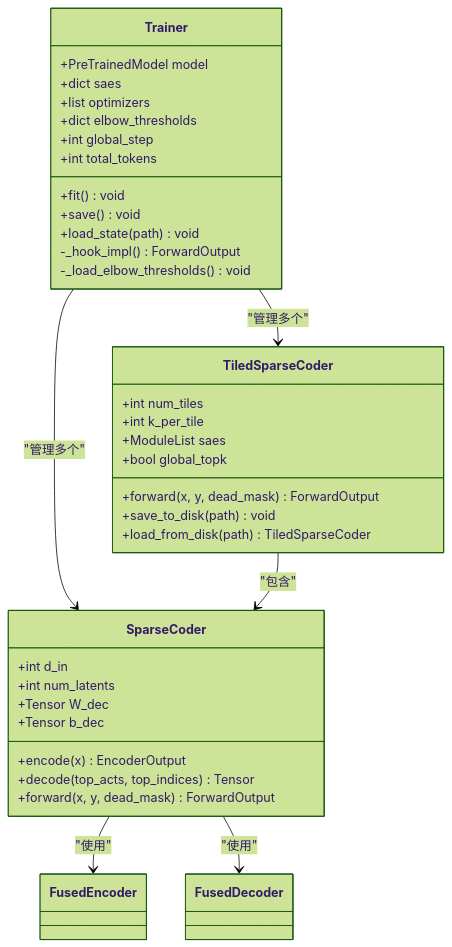
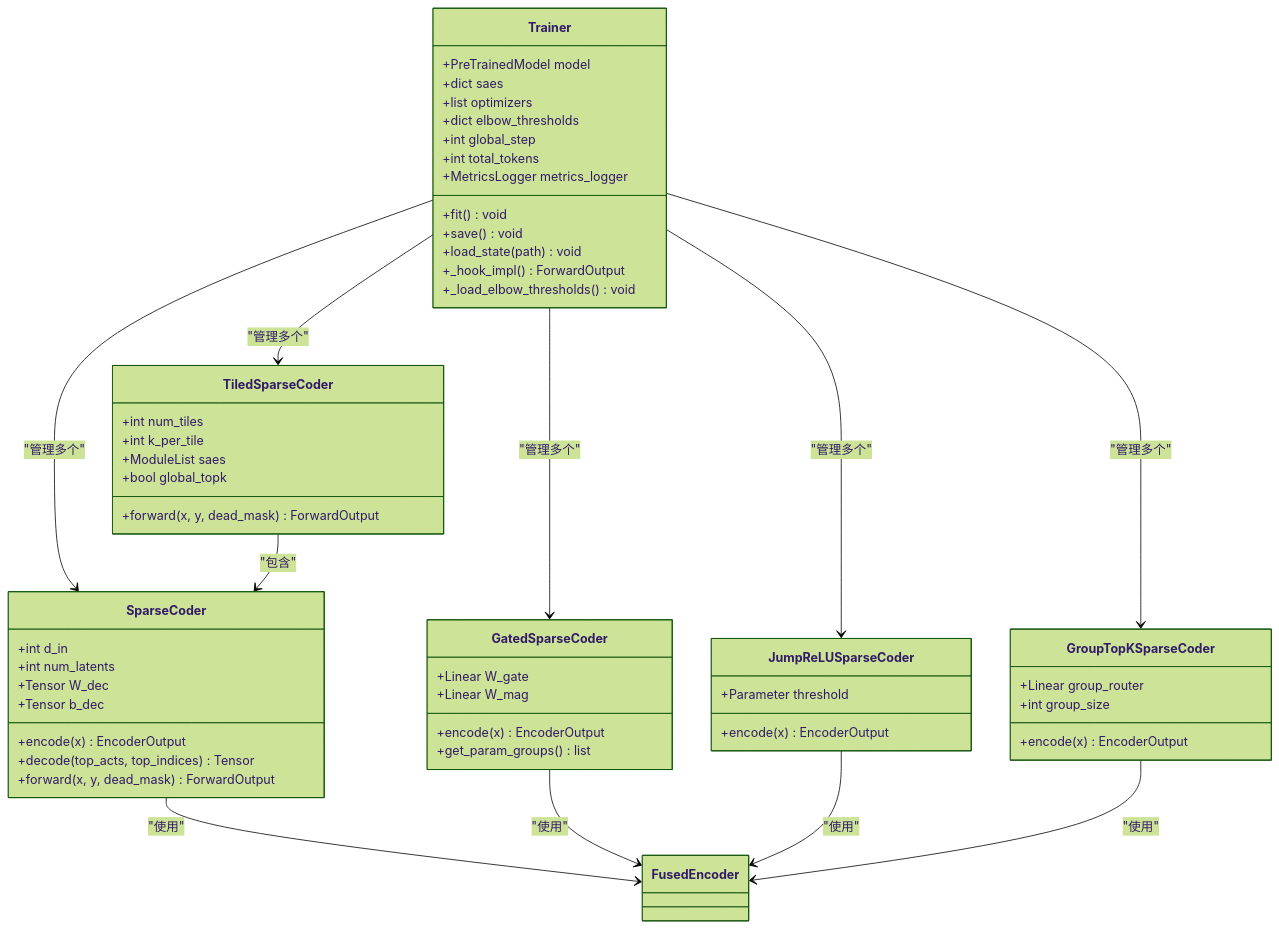
Before and after one commit to duanzhaol/sparsify: the third of 16 diagrams in .qoder/repowiki/zh/content/Sae Improvement System.md, drawn with Mermaid (forest theme). The commit also changed other lines of this file and 5 other files, not shown here.

````diff
--- a/.qoder/repowiki/zh/content/Sae Improvement System.md
+++ b/.qoder/repowiki/zh/content/Sae Improvement System.md
@@ -183,39 +235,58 @@
 ```mermaid
 classDiagram
 class Trainer {
 +PreTrainedModel model
 +dict saes
 +list optimizers
 +dict elbow_thresholds
 +int global_step
 +int total_tokens
++MetricsLogger metrics_logger
 +fit() void
 +save() void
 +load_state(path) void
--_hook_impl() ForwardOutput
--_load_elbow_thresholds() void
++_hook_impl() ForwardOutput
++_load_elbow_thresholds() void
 }
 class SparseCoder {
 +int d_in
 +int num_latents
 +Tensor W_dec
 +Tensor b_dec
 +encode(x) EncoderOutput
 +decode(top_acts, top_indices) Tensor
 +forward(x, y, dead_mask) ForwardOutput
 }
+class GatedSparseCoder {
++Linear W_gate
++Linear W_mag
++encode(x) EncoderOutput
++get_param_groups() list
+}
+class JumpReLUSparseCoder {
++Parameter threshold
++encode(x) EncoderOutput
+}
+class GroupTopKSparseCoder {
++Linear group_router
++int group_size
++encode(x) EncoderOutput
+}
 class TiledSparseCoder {
 +int num_tiles
 +int k_per_tile
 +ModuleList saes
 +bool global_topk
 +forward(x, y, dead_mask) ForwardOutput
-+save_to_disk(path) void
-+load_from_disk(path) TiledSparseCoder
 }
 Trainer --> SparseCoder : "管理多个"
+Trainer --> GatedSparseCoder : "管理多个"
+Trainer --> JumpReLUSparseCoder : "管理多个"
+Trainer --> GroupTopKSparseCoder : "管理多个"
 Trainer --> TiledSparseCoder : "管理多个"
 SparseCoder --> FusedEncoder : "使用"
-SparseCoder --> FusedDecoder : "使用"
+GatedSparseCoder --> FusedEncoder : "使用"
+JumpReLUSparseCoder --> FusedEncoder : "使用"
+GroupTopKSparseCoder --> FusedEncoder : "使用"
 TiledSparseCoder --> SparseCoder : "包含"
 ```
````
